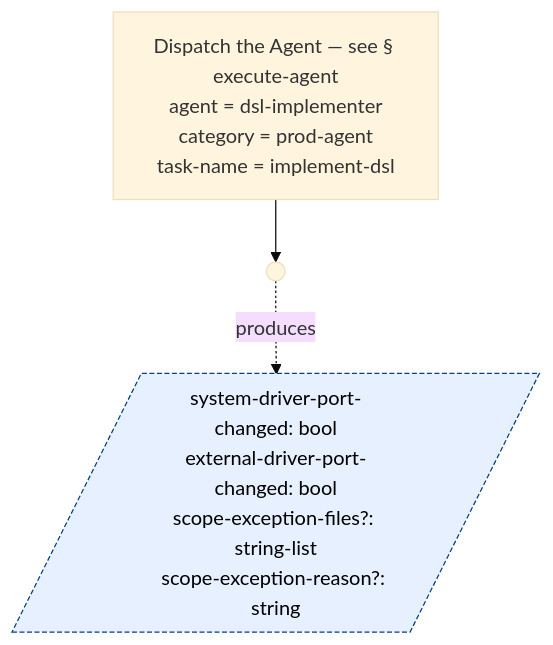
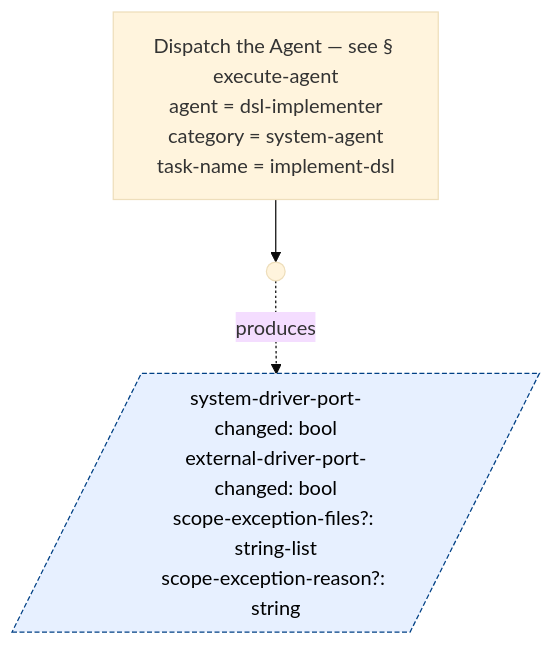
Before and after one commit to optivem/gh-optivem: diagram 26 of 54 in docs/process-diagram.md, drawn with Mermaid (base theme). The commit also changed other lines of this file and 12 other files, not shown here.

Commit message:
atdd: regenerate process-flow diagram

````diff
--- a/docs/process-diagram.md
+++ b/docs/process-diagram.md
@@ -567,12 +567,12 @@
 ```mermaid
 flowchart TD
-    EXECUTE_AGENT["Dispatch the Agent — see § execute-agent<br/>agent = dsl-implementer<br/>category = prod-agent<br/>task-name = implement-dsl"]
+    EXECUTE_AGENT["Dispatch the Agent — see § execute-agent<br/>agent = dsl-implementer<br/>category = system-agent<br/>task-name = implement-dsl"]
     IMPL_DSL_END(( ))
 
     EXECUTE_AGENT --> IMPL_DSL_END
     IMPLEMENT-DSL_OUTPUTS[/"system-driver-port-changed: bool<br/>external-driver-port-changed: bool<br/>scope-exception-files?: string-list<br/>scope-exception-reason?: string"/]
     IMPL_DSL_END -. produces .-> IMPLEMENT-DSL_OUTPUTS
 
     classDef outputNode fill:#e7f0ff,stroke:#004085,stroke-width:1px,stroke-dasharray:4 2,color:#000000
     class IMPLEMENT-DSL_OUTPUTS outputNode
 ```
````
